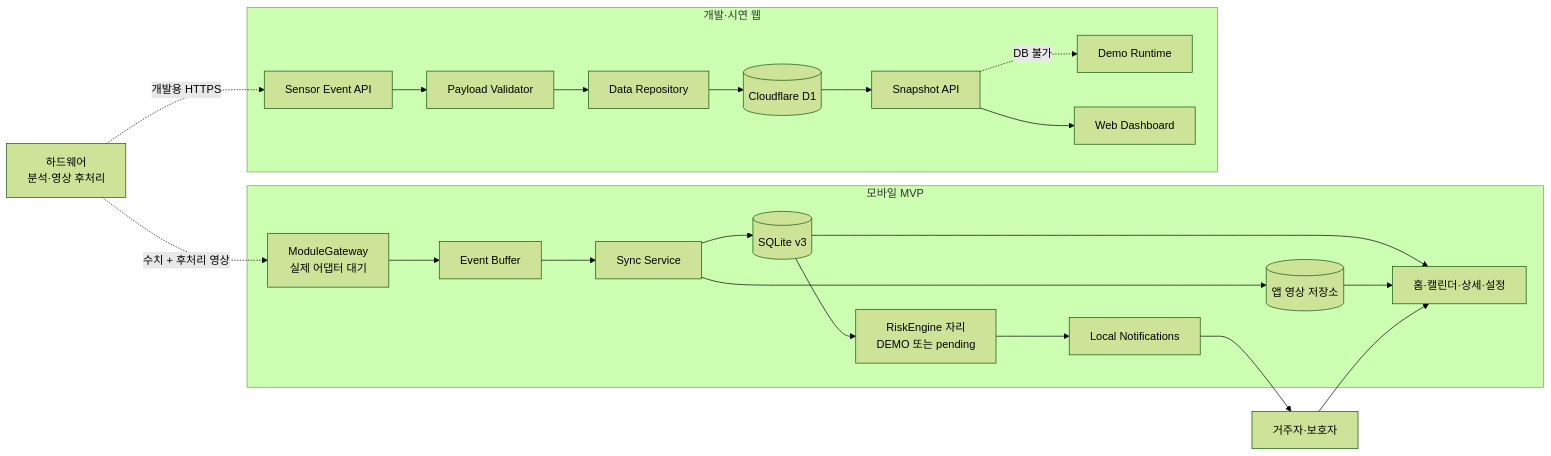
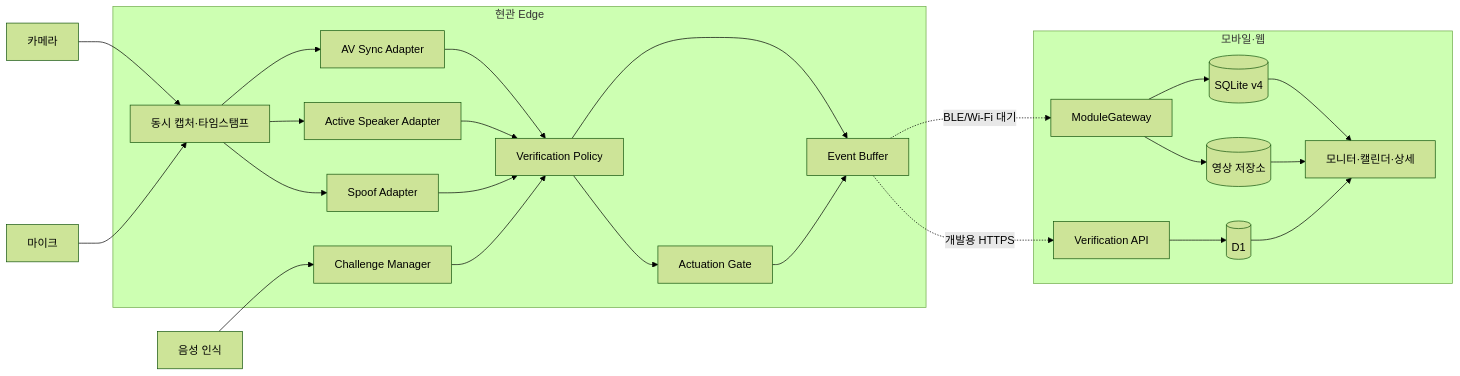
The diagram in docs/Diagram/02-component-diagram.md (Uree1229/Risk-ZERO), drawn with Mermaid (forest theme) before and after one commit. The commit also changed other lines of this file and 75 other files, not shown here.

Commit message:
Build audio-visual speech verification MVP

````diff
--- a/docs/Diagram/02-component-diagram.md
+++ b/docs/Diagram/02-component-diagram.md
@@ -9,46 +5,48 @@
 ```mermaid
 flowchart LR
-    HW["하드웨어<br/>분석·영상 후처리"]
-    User["거주자·보호자"]
+    Camera["카메라"]
+    Mic["마이크"]
+    ASR["음성 인식"]
 
-    subgraph Mobile["모바일 MVP"]
-        Gateway["ModuleGateway<br/>실제 어댑터 대기"]
+    subgraph Edge["현관 Edge"]
+        Capture["동시 캡처·타임스탬프"]
+        AVSync["AV Sync Adapter"]
+        Speaker["Active Speaker Adapter"]
+        Spoof["Spoof Adapter"]
+        Challenge["Challenge Manager"]
+        Policy["Verification Policy"]
+        Gate["Actuation Gate"]
         Buffer["Event Buffer"]
-        Sync["Sync Service"]
-        Files[("앱 영상 저장소")]
-        SQLite[("SQLite v3")]
-        Risk["RiskEngine 자리<br/>DEMO 또는 pending"]
-        Alerts["Local Notifications"]
-        Views["홈·캘린더·상세·설정"]
     end
 
-    subgraph Web["개발·시연 웹"]
-        SensorAPI["Sensor Event API"]
-        Validator["Payload Validator"]
-        Repo["Data Repository"]
-        D1[("Cloudflare D1")]
-        Snapshot["Snapshot API"]
-        Demo["Demo Runtime"]
-        Dashboard["Web Dashboard"]
+    subgraph Client["모바일·웹"]
+        ModuleGateway["ModuleGateway"]
+        LocalDB[("SQLite v4")]
+        Files[("영상 저장소")]
+        API["Verification API"]
+        D1[("D1")]
+        UI["모니터·캘린더·상세"]
     end
 
-    HW -. "수치 + 후처리 영상" .-> Gateway
-    Gateway --> Buffer
-    Buffer --> Sync
-    Sync --> Files
-    Sync --> SQLite
-    SQLite --> Risk
-    Risk --> Alerts
-    SQLite --> Views
-    Files --> Views
-    Alerts --> User
-    User --> Views
-
-    HW -. "개발용 HTTPS" .-> SensorAPI
-    SensorAPI --> Validator
-    Validator --> Repo
-    Repo --> D1
-    D1 --> Snapshot
-    Snapshot -. "DB 불가" .-> Demo
-    Snapshot --> Dashboard
+    Camera --> Capture
+    Mic --> Capture
+    Capture --> AVSync
+    Capture --> Speaker
+    Capture --> Spoof
+    ASR --> Challenge
+    AVSync --> Policy
+    Speaker --> Policy
+    Spoof --> Policy
+    Challenge --> Policy
+    Policy --> Gate
+    Policy --> Buffer
+    Gate --> Buffer
+    Buffer -. "BLE/Wi-Fi 대기" .-> ModuleGateway
+    ModuleGateway --> LocalDB
+    ModuleGateway --> Files
+    LocalDB --> UI
+    Files --> UI
+    Buffer -. "개발용 HTTPS" .-> API
+    API --> D1
+    D1 --> UI
 ```
````
